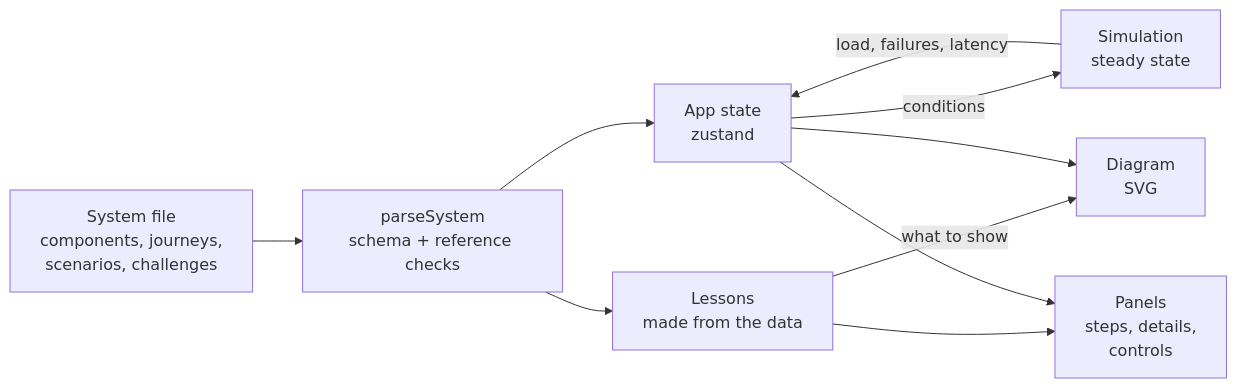
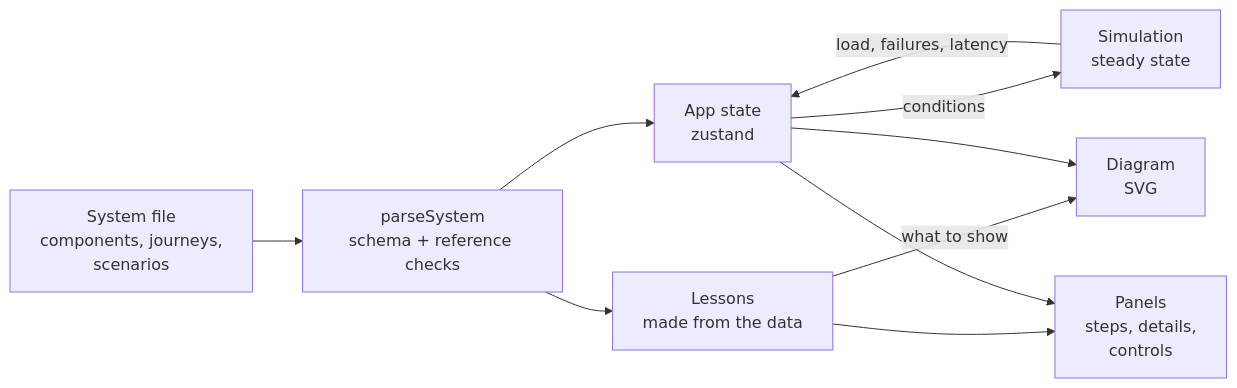
The diagram in README.md (iamrs77/systemscape), drawn with Mermaid before and after one commit. The commit also changed other lines of this file and 65 other files, not shown here.

````diff
--- a/README.md
+++ b/README.md
@@ -30,17 +29,17 @@
 ```mermaid
 flowchart LR
-  file["System file<br/>components, journeys,<br/>scenarios, challenges"]
+  file["System file<br/>components, journeys,<br/>scenarios"]
   parse["parseSystem<br/>schema + reference checks"]
   lessons["Lessons<br/>made from the data"]
   store["App state<br/>zustand"]
   sim["Simulation<br/>steady state"]
   diagram["Diagram<br/>SVG"]
   panels["Panels<br/>steps, details,<br/>controls"]
 
   file --> parse --> store
   parse --> lessons --> panels
   lessons -- "what to show" --> diagram
   store -- "conditions" --> sim -- "load, failures, latency" --> store
   store --> diagram
   store --> panels
 ```
````
